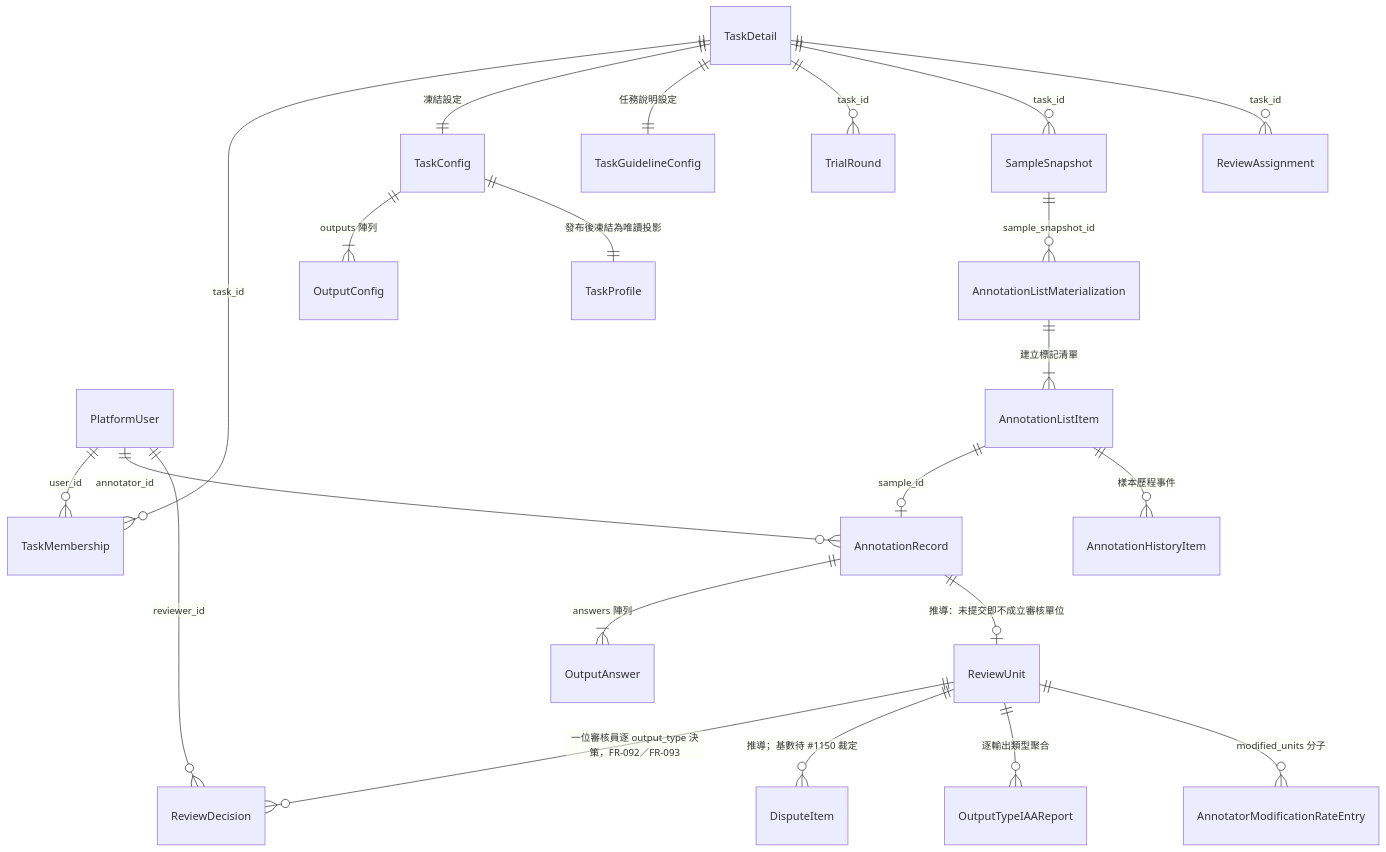
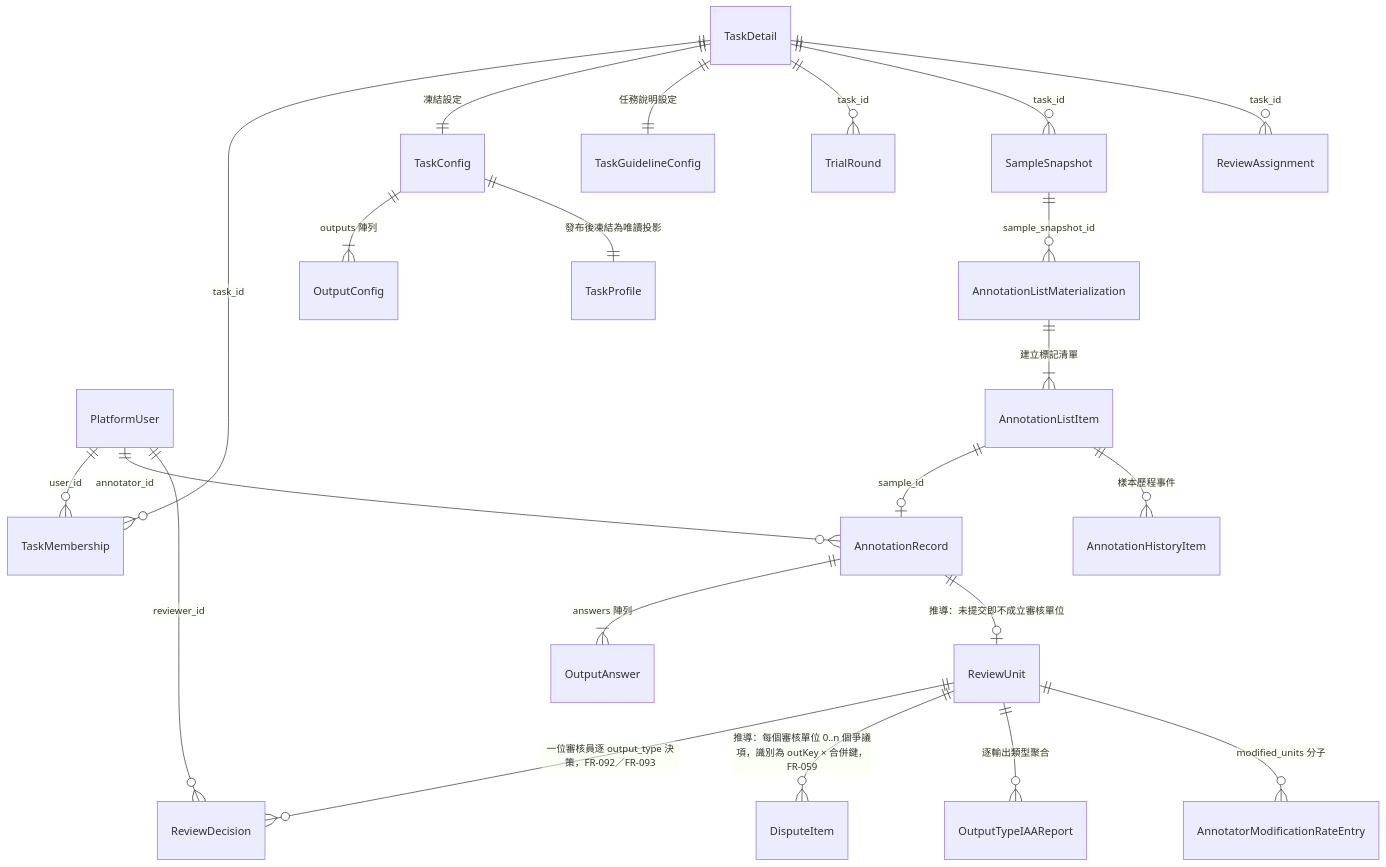
The first of 6 diagrams in docs/diagrams/architecture/core-data-model-er.md (singyichen/label-suite), drawn with Mermaid before and after one commit. The commit also changed other lines of this file and 4 other files, not shown here.

First line of the commit message:
docs: align 014 FR-010u(5) dispute item unit with 015 FR-061

````diff
--- a/docs/diagrams/architecture/core-data-model-er.md
+++ b/docs/diagrams/architecture/core-data-model-er.md
@@ -35,30 +35,30 @@
 ```mermaid
 erDiagram
     PlatformUser  ||--o{ TaskMembership : "user_id"
     PlatformUser  ||--o{ AnnotationRecord : "annotator_id"
     PlatformUser  ||--o{ ReviewDecision : "reviewer_id"
 
     TaskDetail    ||--o{ TaskMembership : "task_id"
     TaskDetail    ||--|| TaskConfig : "凍結設定"
     TaskDetail    ||--|| TaskGuidelineConfig : "任務說明設定"
     TaskDetail    ||--o{ TrialRound : "task_id"
     TaskDetail    ||--o{ SampleSnapshot : "task_id"
     TaskDetail    ||--o{ ReviewAssignment : "task_id"
 
     TaskConfig    ||--|{ OutputConfig : "outputs 陣列"
     TaskConfig    ||--|| TaskProfile : "發布後凍結為唯讀投影"
 
     SampleSnapshot ||--o{ AnnotationListMaterialization : "sample_snapshot_id"
     AnnotationListMaterialization ||--|{ AnnotationListItem : "建立標記清單"
 
     AnnotationListItem ||--o| AnnotationRecord : "sample_id"
     AnnotationListItem ||--o{ AnnotationHistoryItem : "樣本歷程事件"
     AnnotationRecord   ||--|{ OutputAnswer : "answers 陣列"
 
     AnnotationRecord ||--o| ReviewUnit : "推導：未提交即不成立審核單位"
     ReviewUnit  ||--o{ ReviewDecision : "一位審核員逐 output_type 決策，FR-092／FR-093"
-    ReviewUnit  ||--o{ DisputeItem : "推導；基數待 #1150 裁定"
+    ReviewUnit  ||--o{ DisputeItem : "推導：每個審核單位 0..n 個爭議項，識別為 outKey × 合併鍵，FR-059"
 
     ReviewUnit ||--o{ OutputTypeIAAReport : "逐輸出類型聚合"
     ReviewUnit ||--o{ AnnotatorModificationRateEntry : "modified_units 分子"
 ```
````
